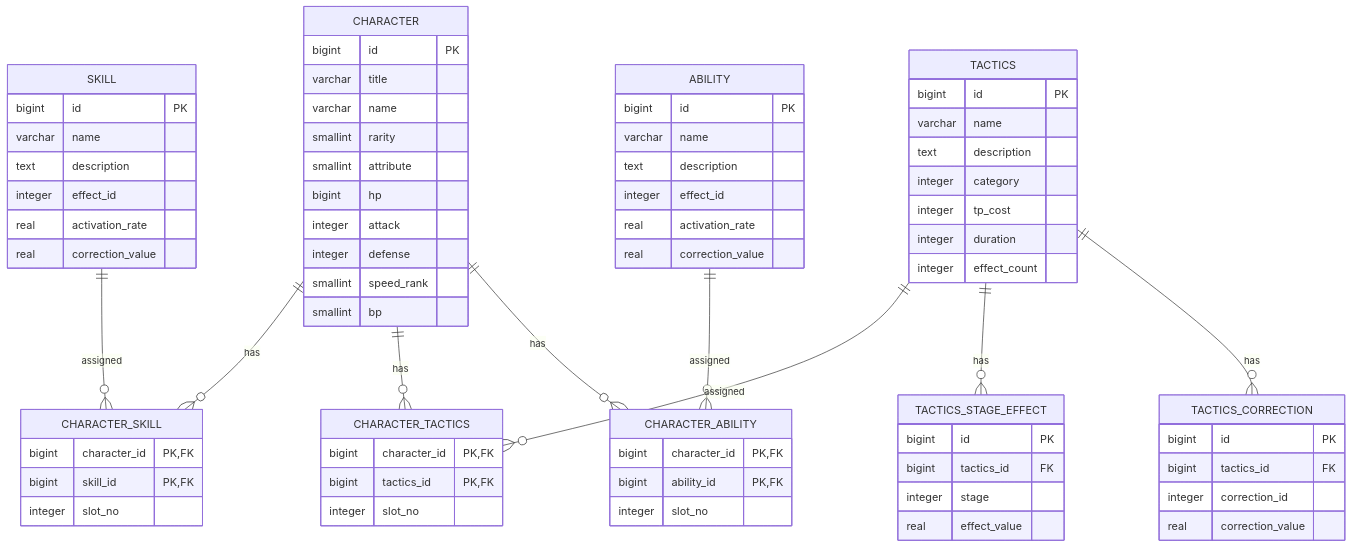
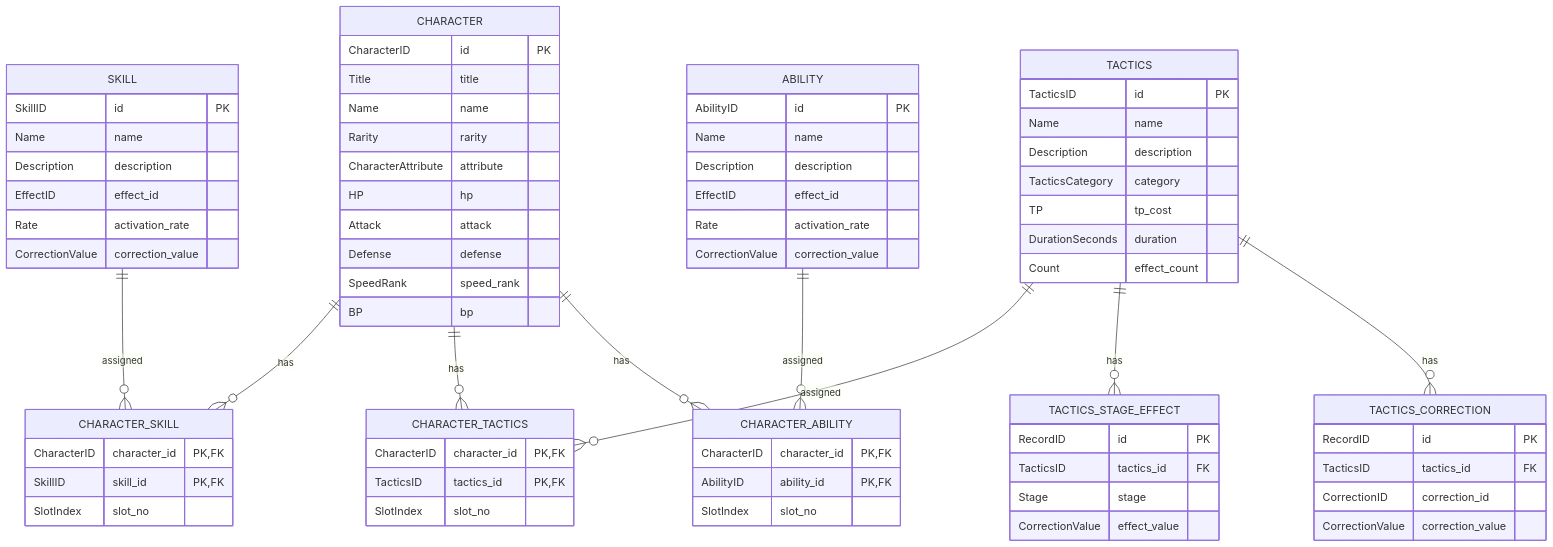
Before and after one commit to ReHydrangeaOdyssey/Specifications: the second of 5 diagrams in data_base.md, drawn with Mermaid. The commit also changed other lines of this file and 15 other files, not shown here.

````diff
--- a/data_base.md
+++ b/data_base.md
@@ -51,76 +52,76 @@
 ```mermaid
 erDiagram
     CHARACTER {
-        bigint id PK
-        varchar title
-        varchar name
-        smallint rarity
-        smallint attribute
-        bigint hp
-        integer attack
-        integer defense
-        smallint speed_rank
-        smallint bp
+        CharacterID id PK
+        Title title
+        Name name
+        Rarity rarity
+        CharacterAttribute attribute
+        HP hp
+        Attack attack
+        Defense defense
+        SpeedRank speed_rank
+        BP bp
     }
 
     SKILL {
-        bigint id PK
-        varchar name
-        text description
-        integer effect_id
-        real activation_rate
-        real correction_value
+        SkillID id PK
+        Name name
+        Description description
+        EffectID effect_id
+        Rate activation_rate
+        CorrectionValue correction_value
     }
 
     ABILITY {
-        bigint id PK
-        varchar name
-        text description
-        integer effect_id
-        real activation_rate
-        real correction_value
+        AbilityID id PK
+        Name name
+        Description description
+        EffectID effect_id
+        Rate activation_rate
+        CorrectionValue correction_value
     }
 
     TACTICS {
-        bigint id PK
-        varchar name
-        text description
-        integer category
-        integer tp_cost
-        integer duration
-        integer effect_count
+        TacticsID id PK
+        Name name
+        Description description
+        TacticsCategory category
+        TP tp_cost
+        DurationSeconds duration
+        Count effect_count
     }
 
     TACTICS_STAGE_EFFECT {
-        bigint id PK
-        bigint tactics_id FK
-        integer stage
-        real effect_value
+        RecordID id PK
+        TacticsID tactics_id FK
+        Stage stage
+        CorrectionValue effect_value
     }
 
     TACTICS_CORRECTION {
-        bigint id PK
-        bigint tactics_id FK
-        integer correction_id
-        real correction_value
+        RecordID id PK
+        TacticsID tactics_id FK
+        CorrectionID correction_id
+        CorrectionValue correction_value
     }
 
     CHARACTER_SKILL {
-        bigint character_id PK, FK
-        bigint skill_id PK, FK
-        integer slot_no
+        CharacterID character_id PK, FK
+        SkillID skill_id PK, FK
+        SlotIndex slot_no
     }
 
     CHARACTER_TACTICS {
-        bigint character_id PK, FK
-        bigint tactics_id PK, FK
-        integer slot_no
+        CharacterID character_id PK, FK
+        TacticsID tactics_id PK, FK
+        SlotIndex slot_no
     }
 
     CHARACTER_ABILITY {
-        bigint character_id PK, FK
-        bigint ability_id PK, FK
-        integer slot_no
+        CharacterID character_id PK, FK
+        AbilityID ability_id PK, FK
+        SlotIndex slot_no
     }
 
     CHARACTER ||--o{ CHARACTER_SKILL : has
````
